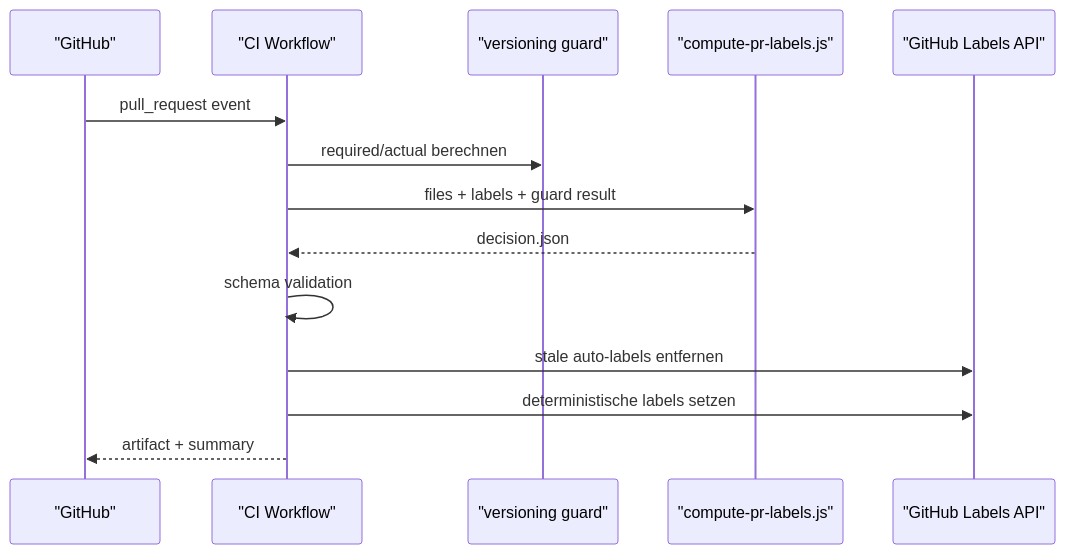
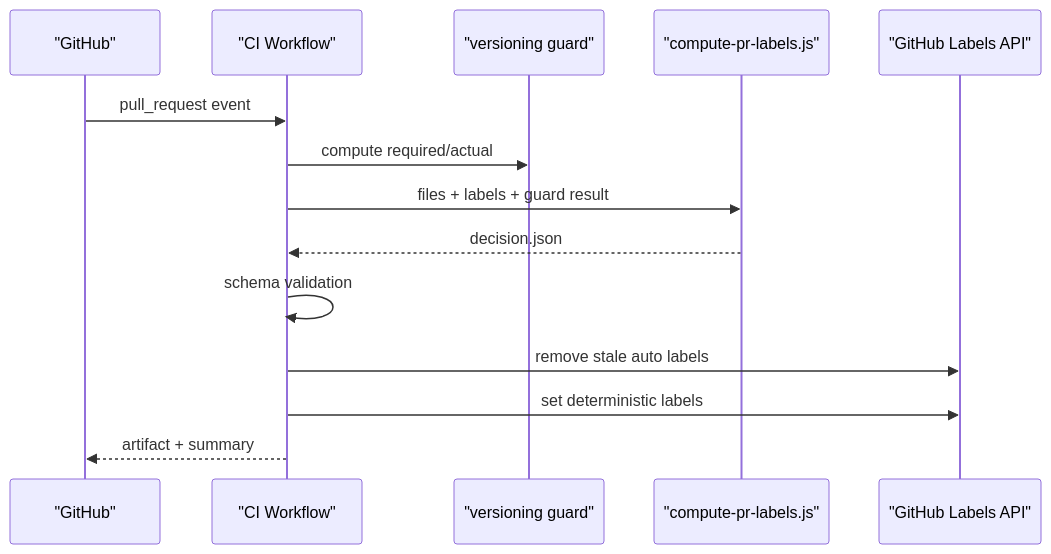
The third of 4 diagrams in docs/versioning/104_POLICY_LABELING.MD (tomtastisch/FileClassifier), drawn with Mermaid before and after one commit. The commit also changed other lines of this file and 36 other files, not shown here.

````diff
--- a/docs/versioning/104_POLICY_LABELING.MD
+++ b/docs/versioning/104_POLICY_LABELING.MD
@@ -80,17 +80,17 @@
 ```mermaid
 sequenceDiagram
   participant GH as "GitHub"
   participant CI as "CI Workflow"
   participant Guard as "versioning guard"
   participant Engine as "compute-pr-labels.js"
   participant API as "GitHub Labels API"
 
   GH->>CI: pull_request event
-  CI->>Guard: required/actual berechnen
+  CI->>Guard: compute required/actual
   CI->>Engine: files + labels + guard result
   Engine-->>CI: decision.json
   CI->>CI: schema validation
-  CI->>API: stale auto-labels entfernen
-  CI->>API: deterministische labels setzen
+  CI->>API: remove stale auto labels
+  CI->>API: set deterministic labels
   CI-->>GH: artifact + summary
 ```
````
